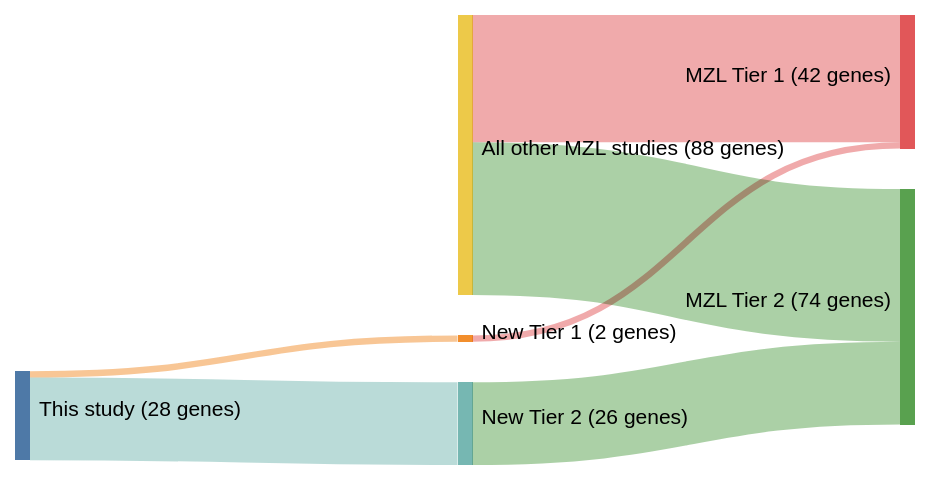
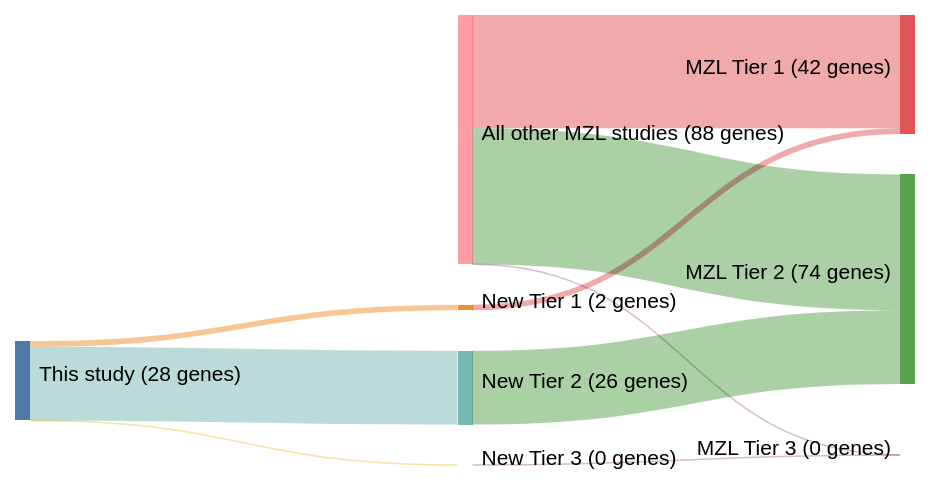
Before and after one commit to morinlab/lymphopedia: the diagram in papers/jalladesExomeSequencingIdentifies2017.md, drawn with Mermaid (neutral theme). The commit also changed other lines of this file and 81 other files, not shown here.

````diff
--- a/papers/jalladesExomeSequencingIdentifies2017.md
+++ b/papers/jalladesExomeSequencingIdentifies2017.md
@@ -12,20 +12,23 @@
 ```mermaid
 ---
 config:
     sankey:
         showValues: true
         linkColor: target
         width: 600
         height: 300
         nodeAlignment: right
         prefix: '('
         suffix: ' genes)'
 ---
 sankey-beta
 This study, New Tier 1, 2
 New Tier 1, MZL Tier 1, 2
 This study, New Tier 2, 26
 New Tier 2, MZL Tier 2, 26
+This study, New Tier 3, 0
+New Tier 3, MZL Tier 3, 0
 All other MZL studies, MZL Tier 1, 40
 All other MZL studies, MZL Tier 2, 48
+All other MZL studies, MZL Tier 3, 0
 ```
````
